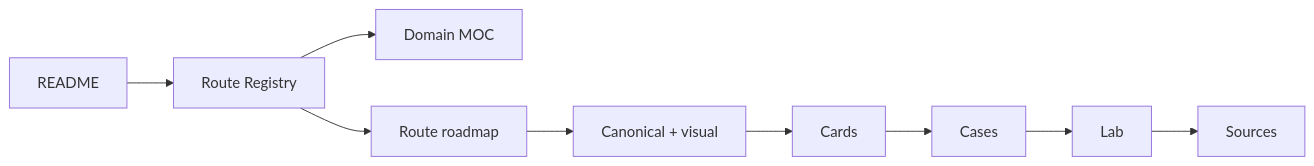
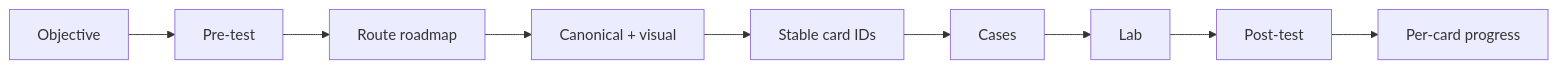
The diagram in 00_HOME/Knowledge Route Registry.md (alimbetov/obsidian), drawn with Mermaid before and after one commit. The commit also changed other lines of this file, not shown here.

````diff
--- a/00_HOME/Knowledge Route Registry.md
+++ b/00_HOME/Knowledge Route Registry.md
@@ -25,11 +27,11 @@
 ```mermaid
 flowchart LR
-    README["README"] --> REG["Route Registry"]
-    REG --> DOMAIN["Domain MOC"]
-    REG --> ROAD["Route roadmap"]
+    OBJ["Objective"] --> PRE["Pre-test"]
+    PRE --> ROAD["Route roadmap"]
     ROAD --> CONCEPT["Canonical + visual"]
-    CONCEPT --> CARDS["Cards"]
+    CONCEPT --> CARDS["Stable card IDs"]
     CARDS --> CASES["Cases"]
     CASES --> LAB["Lab"]
-    LAB --> SOURCES["Sources"]
+    LAB --> POST["Post-test"]
+    POST --> PROGRESS["Per-card progress"]
 ```
````
